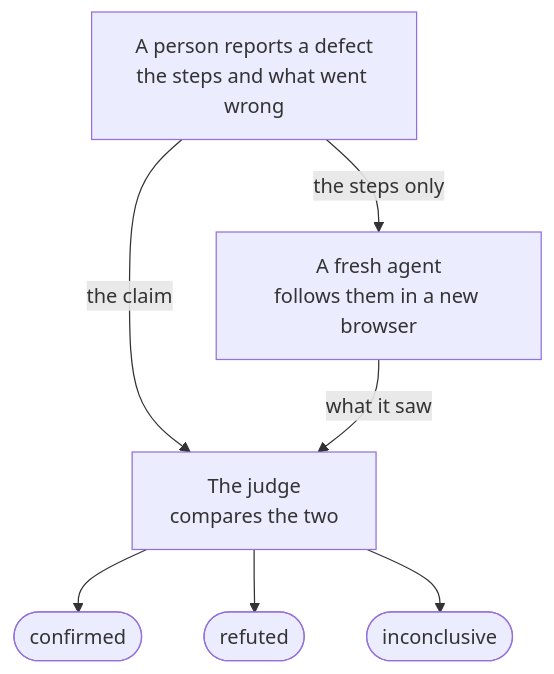
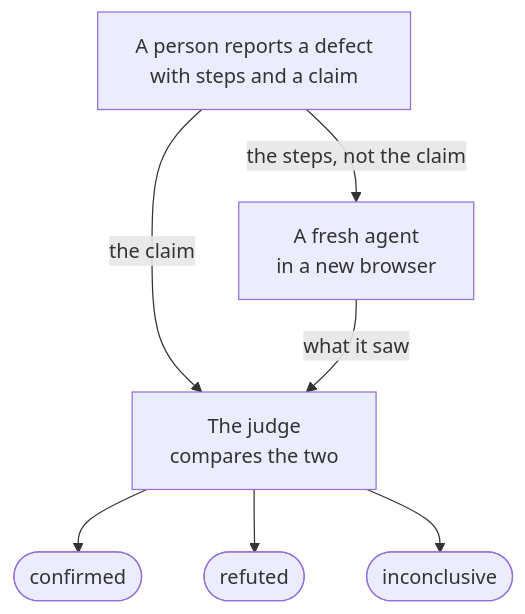
Before and after one commit to usetrawler/trawler: the first of 2 diagrams in README.md, drawn with Mermaid. The commit also changed other lines of this file, not shown here.

Commit message:
docs: the README uses the app's labels exactly, keeps the key export apart, runs npx from the checkout, and gives the diagrams text alternatives

````diff
--- a/README.md
+++ b/README.md
@@ -47,9 +45,11 @@
 ```mermaid
 flowchart TB
-    person["A person reports a defect<br/>the steps and what went wrong"] -- "the steps only" --> replay["A fresh agent<br/>follows them in a new browser"]
+    accTitle: How a defect is checked
+    accDescr: A person reports a defect. A fresh agent gets its steps, not the claim, and follows them in a new browser. The judge gets the claim and what the replay saw, and answers confirmed, refuted or inconclusive.
+    person["A person reports a defect<br/>with steps and a claim"] -- "the steps, not the claim" --> replay["A fresh agent<br/>in a new browser"]
     person -- "the claim" --> judge
     replay -- "what it saw" --> judge["The judge<br/>compares the two"]
     judge --> confirmed(["confirmed"])
     judge --> refuted(["refuted"])
     judge --> inconclusive(["inconclusive"])
 ```
````
